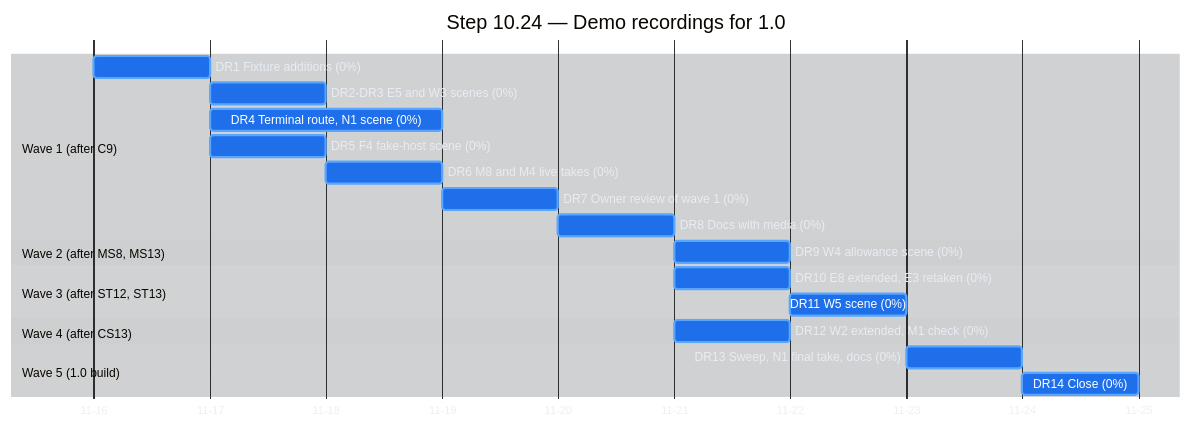
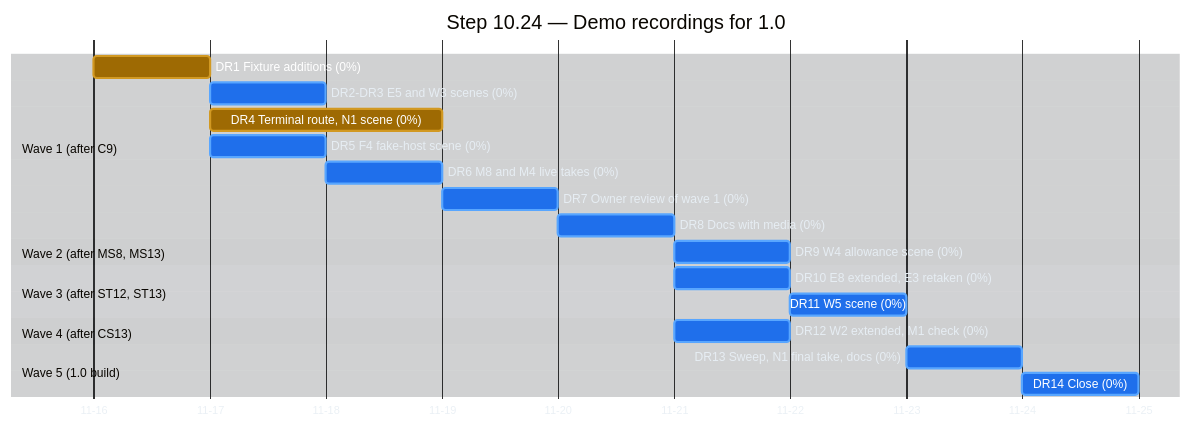
One commit to raulkivi/agent-cost-analyzer changed the third of 6 diagrams in docs/implementation-plan-gantt.md. Above: the diagram before and after it, drawn with Mermaid. The commit also changed other lines of this file and 2 other files, not shown here.

````diff
--- a/docs/implementation-plan-gantt.md
+++ b/docs/implementation-plan-gantt.md
@@ -224,57 +224,57 @@
 ```mermaid
 %%{init: {
   "theme": "base",
   "themeVariables": {
     "darkMode": true,
     "background": "#0d1117",
     "textColor": "#e6edf3",
     "primaryTextColor": "#e6edf3",
     "lineColor": "#8b949e",
     "sectionBkgColor": "#161b22",
     "sectionBkgColor2": "#1c2129",
     "altSectionBkgColor": "#0d1117",
     "gridColor": "#30363d",
     "excludeBkgColor": "#161b22",
     "todayLineColor": "#f85149",
     "taskBkgColor": "#1f6feb",
     "taskBorderColor": "#58a6ff",
     "taskTextColor": "#ffffff",
     "taskTextLightColor": "#ffffff",
     "taskTextDarkColor": "#ffffff",
     "taskTextOutsideColor": "#e6edf3",
     "doneTaskBkgColor": "#238636",
     "doneTaskBorderColor": "#3fb950",
     "activeTaskBkgColor": "#9e6a03",
     "activeTaskBorderColor": "#d29922",
     "critBkgColor": "#da3633",
     "critBorderColor": "#f85149"
   }
 }}%%
 gantt
     title Step 10.24 — Demo recordings for 1.0
     dateFormat YYYY-MM-DD
     axisFormat %m-%d
 
     section Wave 1 (after C9)
-    DR1 Fixture additions (0%)                :d241, 2026-11-16, 1d
+    DR1 Fixture additions (0%)                :active, d241, 2026-11-16, 1d
     DR2-DR3 E5 and W3 scenes (0%)             :d242, after d241, 1d
-    DR4 Terminal route, N1 scene (0%)         :d244, after d241, 2d
+    DR4 Terminal route, N1 scene (0%)         :active, d244, after d241, 2d
     DR5 F4 fake-host scene (0%)               :d245, after d241, 1d
     DR6 M8 and M4 live takes (0%)             :d246, after d245, 1d
     DR7 Owner review of wave 1 (0%)           :d247, after d244 d246, 1d
     DR8 Docs with media (0%)                  :d248, after d247, 1d
 
     section Wave 2 (after MS8, MS13)
     DR9 W4 allowance scene (0%)               :d249, after d248, 1d
 
     section Wave 3 (after ST12, ST13)
     DR10 E8 extended, E3 retaken (0%)         :d2410, after d248, 1d
     DR11 W5 scene (0%)                        :d2411, after d2410, 1d
 
     section Wave 4 (after CS13)
     DR12 W2 extended, M1 check (0%)           :d2412, after d248, 1d
 
     section Wave 5 (1.0 build)
     DR13 Sweep, N1 final take, docs (0%)      :d2413, after d249 d2411 d2412, 1d
     DR14 Close (0%)                           :d2414, after d2413, 1d
 ```
````
